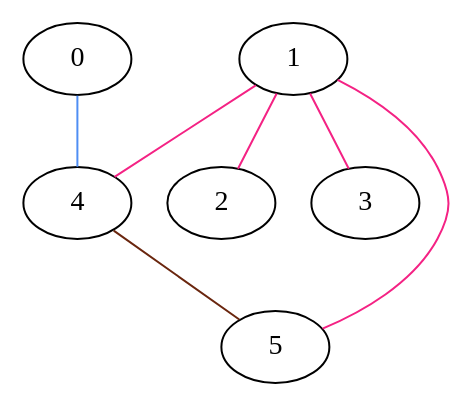
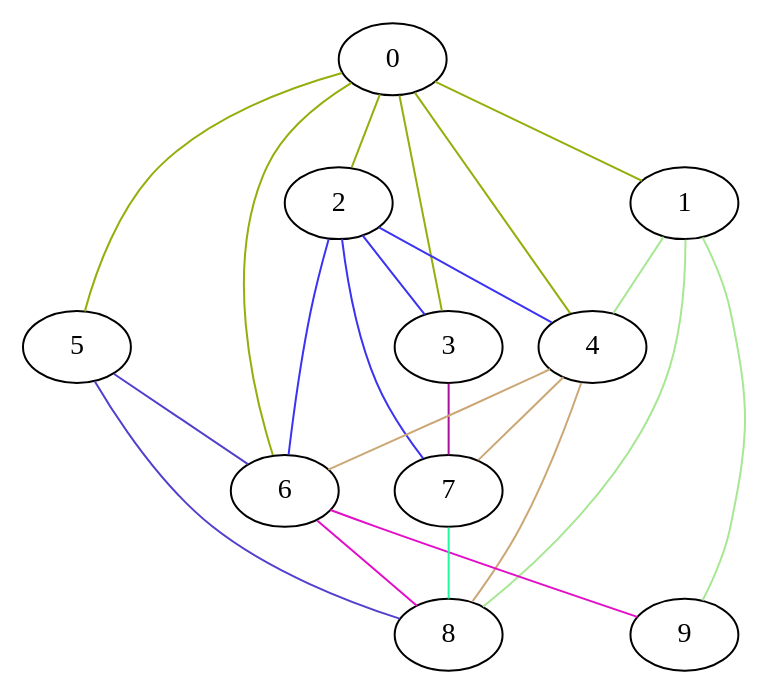
The diagram in graph.dot (homoglobina/ChinesePostmen), drawn with Graphviz before and after one commit. The commit also changed 12 other files, not shown here.

```diff
--- a/graph.dot
+++ b/graph.dot
@@ -1,8 +1,24 @@
 graph G {
-  0 -- 4 [color="#4f8ef4"];
-  1 -- 2 [color="#f42284"];
-  1 -- 3 [color="#f42284"];
-  1 -- 4 [color="#f42284"];
-  1 -- 5 [color="#f42284"];
-  4 -- 5 [color="#6a260e"];
+  0 -- 1 [color="#94ae0c"];
+  0 -- 2 [color="#94ae0c"];
+  0 -- 3 [color="#94ae0c"];
+  0 -- 4 [color="#94ae0c"];
+  0 -- 5 [color="#94ae0c"];
+  0 -- 6 [color="#94ae0c"];
+  1 -- 4 [color="#a6e792"];
+  1 -- 8 [color="#a6e792"];
+  1 -- 9 [color="#a6e792"];
+  2 -- 3 [color="#3b32f2"];
+  2 -- 4 [color="#3b32f2"];
+  2 -- 6 [color="#3b32f2"];
+  2 -- 7 [color="#3b32f2"];
+  3 -- 7 [color="#a6109b"];
+  4 -- 6 [color="#cca776"];
+  4 -- 7 [color="#cca776"];
+  4 -- 8 [color="#cca776"];
+  5 -- 6 [color="#5140cd"];
+  5 -- 8 [color="#5140cd"];
+  6 -- 8 [color="#e30ec7"];
+  6 -- 9 [color="#e30ec7"];
+  7 -- 8 [color="#1ffb9c"];
 }
```
